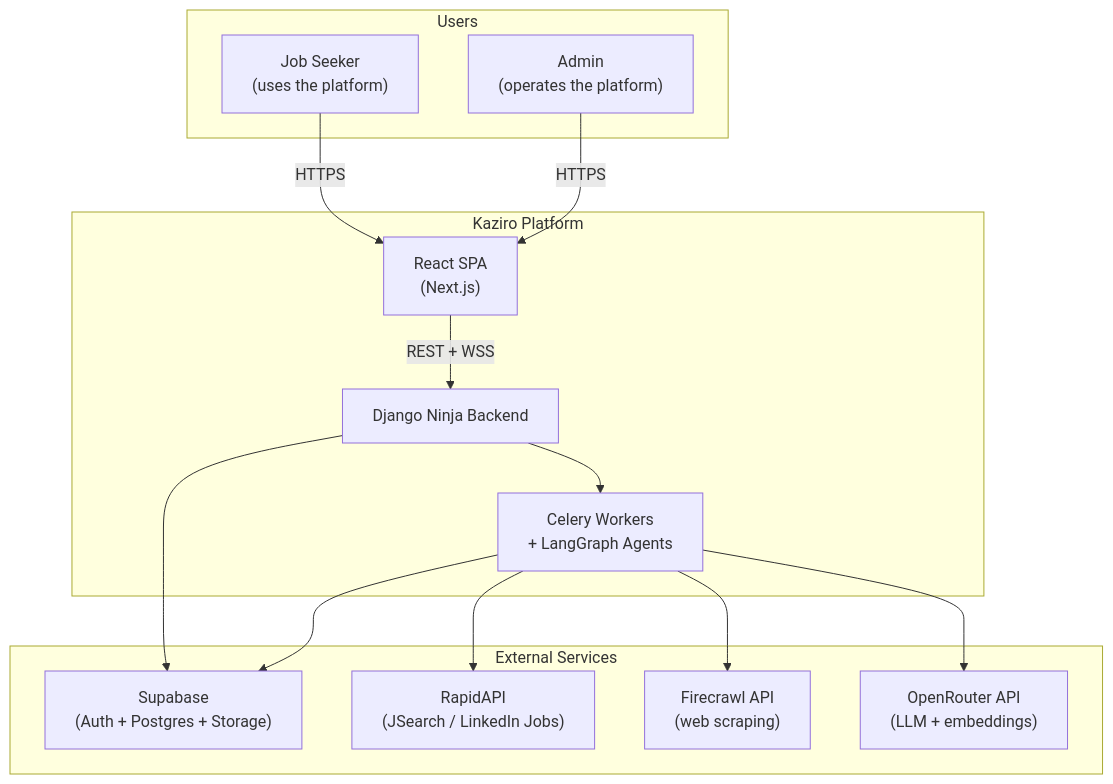
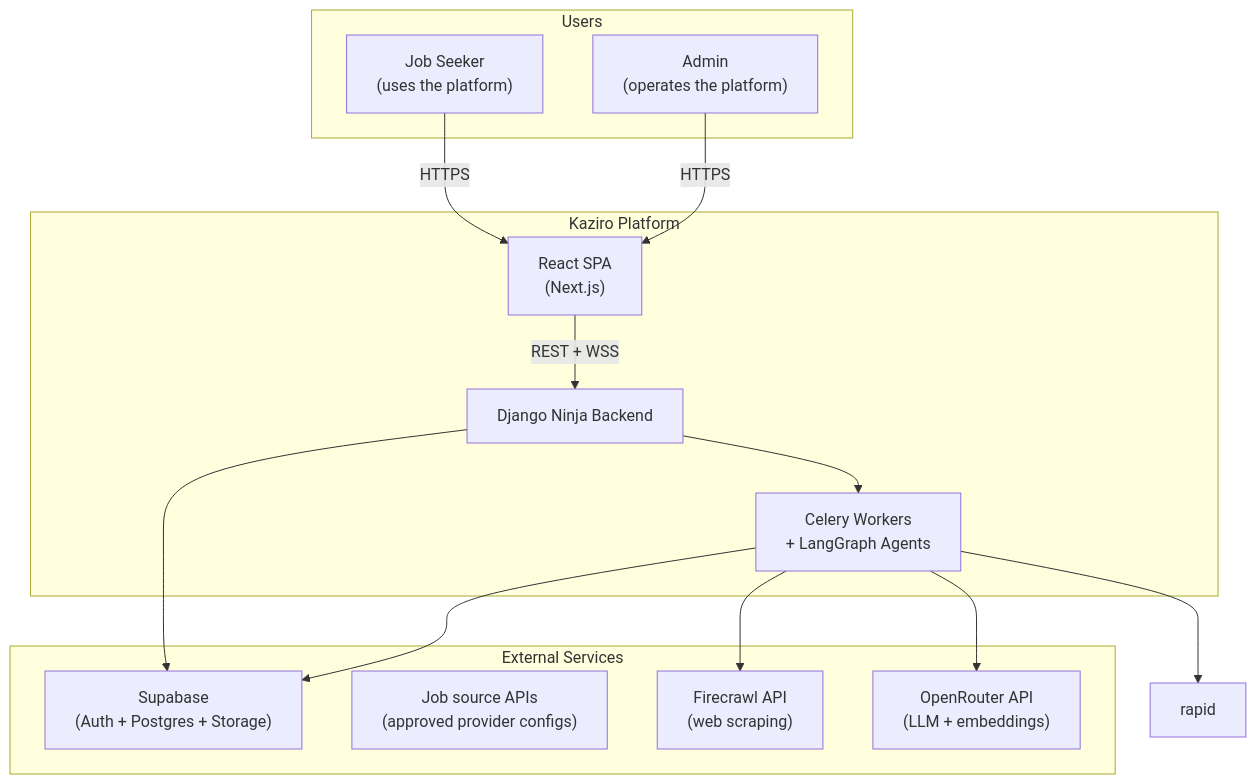
Before and after one commit to Gathondu/kaziro: the diagram in docs/architecture/diagrams/system-context.md, drawn with Mermaid. The commit also changed other lines of this file and 32 other files, not shown here.

````diff
--- a/docs/architecture/diagrams/system-context.md
+++ b/docs/architecture/diagrams/system-context.md
@@ -13,30 +13,30 @@
 ```mermaid
 flowchart TB
   subgraph users [Users]
     user["Job Seeker<br/>(uses the platform)"]
     admin["Admin<br/>(operates the platform)"]
   end
 
   subgraph kaziro [Kaziro Platform]
     fe["React SPA<br/>(Next.js)"]
     api["Django Ninja Backend"]
     workers["Celery Workers<br/>+ LangGraph Agents"]
   end
 
   subgraph external [External Services]
     supa["Supabase<br/>(Auth + Postgres + Storage)"]
-    rapid["RapidAPI<br/>(JSearch / LinkedIn Jobs)"]
+    sources["Job source APIs<br/>(approved provider configs)"]
     firecrawl["Firecrawl API<br/>(web scraping)"]
     openrouter["OpenRouter API<br/>(LLM + embeddings)"]
   end
 
   user -->|HTTPS| fe
   admin -->|HTTPS| fe
   fe -->|REST + WSS| api
   api --> supa
   api --> workers
   workers --> rapid
   workers --> firecrawl
   workers --> openrouter
   workers --> supa
 ```
````
